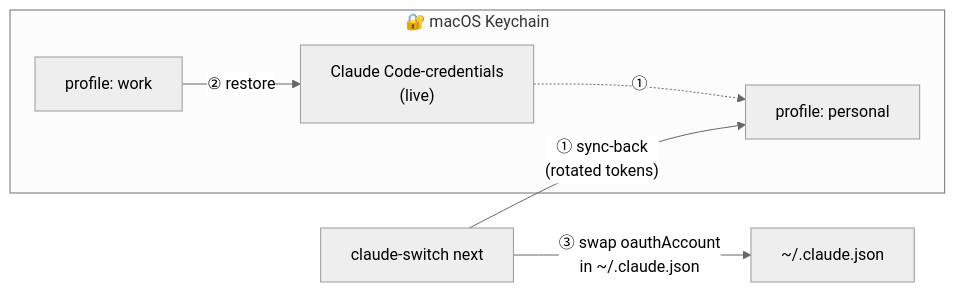
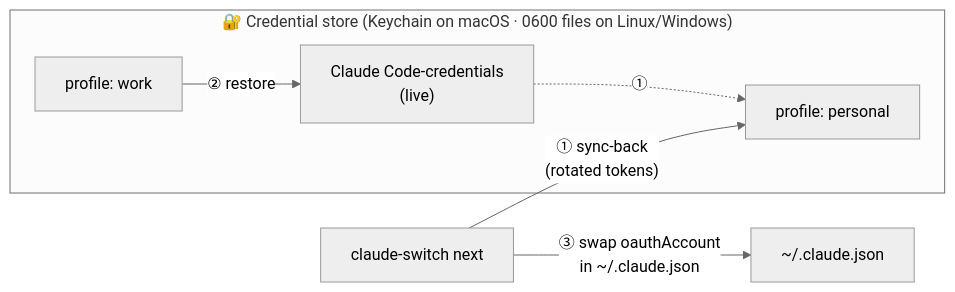
One commit to YangTaeyoung/claude-switch changed the diagram in README.md. Above: the diagram before and after it, drawn with Mermaid (neutral theme). The commit also changed other lines of this file and 7 other files, not shown here.

First line of the commit message:
feat: Linux·Windows 지원 (파일 기반 자격증명 store)

````diff
--- a/README.md
+++ b/README.md
@@ -115,12 +115,12 @@
 ```mermaid
 flowchart LR
-    subgraph Keychain["🔐 macOS Keychain"]
+    subgraph Store["🔐 Credential store (Keychain on macOS · 0600 files on Linux/Windows)"]
         CC["Claude Code-credentials<br/>(live)"]
         P1["profile: work"]
         P2["profile: personal"]
     end
     next["claude-switch next"] -- "① sync-back<br/>(rotated tokens)" --> P2
     CC -. "①" .-> P2
     P1 -- "② restore" --> CC
     next -- "③ swap oauthAccount<br/>in ~/.claude.json" --> CJ["~/.claude.json"]
 ```
````
